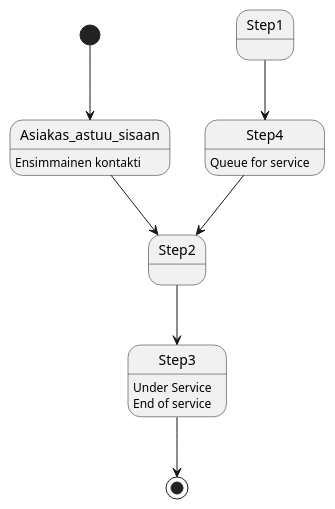
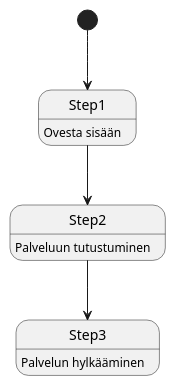
One commit to ninaleo/ransut-core changed the second of 4 diagrams in dokumentit/20-Vaatimustenhallinta/vaatimusmaaritely-tiivis.md. Above: the diagram before and after it, drawn with PlantUML.

````diff
--- a/dokumentit/20-Vaatimustenhallinta/vaatimusmaaritely-tiivis.md
+++ b/dokumentit/20-Vaatimustenhallinta/vaatimusmaaritely-tiivis.md
@@ -93,12 +93,9 @@
 ```plantuml
-[*] --> Asiakas_astuu_sisaan
-Asiakas_astuu_sisaan : Ensimmainen kontakti 
-Step3 : Under Service 
-Step3 : End of service
-Step4 : Queue for service 
-Asiakas_astuu_sisaan --> Step2
-Step1 --> Step4
-Step4 --> Step2
+Step1: Ovesta sisään 
+Step2: Palveluun tutustuminen
+Step3: Palvelun hylkääminen
+
+[*] --> Step1
+Step1 --> Step2
 Step2 --> Step3
-Step3 --> [*]
 ```
````
